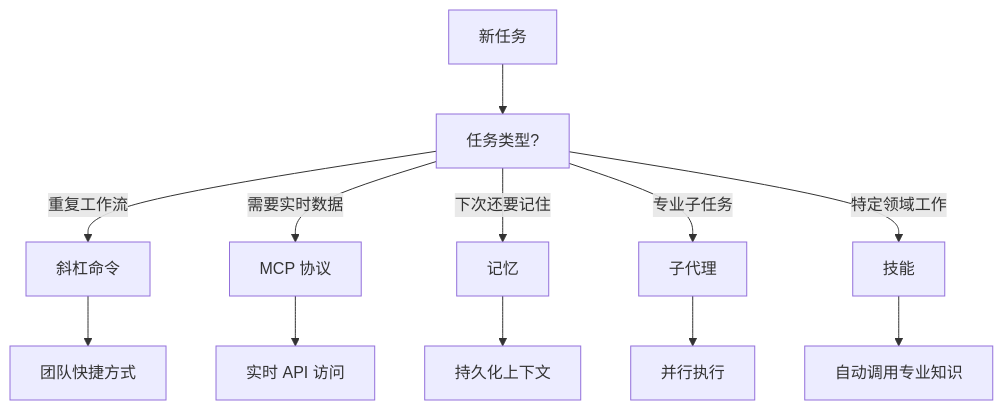
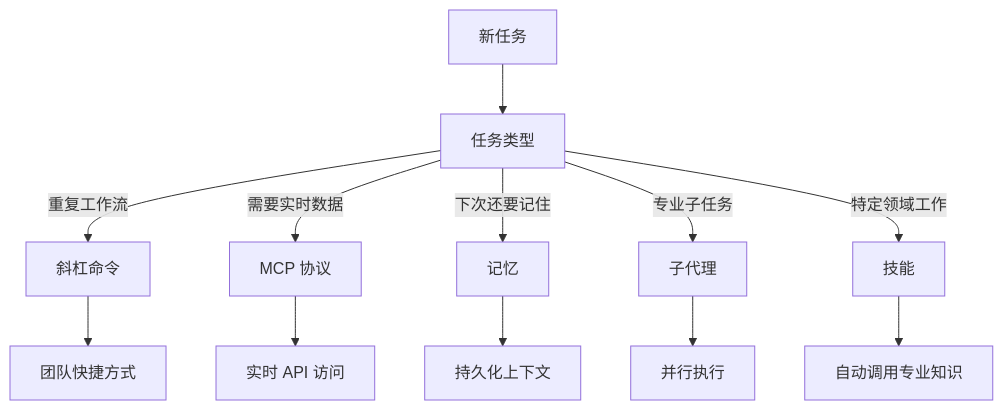
One commit to Rx782-Fss/claude-howto-zh changed diagram 30 of 31 in claude-howto-zh/claude_concepts_guide.md. Above: the diagram before and after it, drawn with Mermaid. The commit also changed other lines of this file and 6 other files, not shown here.

First line of the commit message:
fix: 清除 Mermaid 节点/消息中的问号(?)导致GitHub渲染失败

````diff
--- a/claude-howto-zh/claude_concepts_guide.md
+++ b/claude-howto-zh/claude_concepts_guide.md
@@ -2712,16 +2712,16 @@
 ```mermaid
 graph TD
-    A["新任务"] --> B[任务类型?]
+    A["新任务"] --> B[任务类型]
 
     B -->|重复工作流| C["斜杠命令"]
     B -->|需要实时数据| D["MCP 协议"]
     B -->|下次还要记住| E["记忆"]
     B -->|专业子任务| F["子代理"]
     B -->|特定领域工作| G["技能"]
 
     C --> C1[" 团队快捷方式"]
     D --> D1[" 实时 API 访问"]
     E --> E1[" 持久化上下文"]
     F --> F1[" 并行执行"]
     G --> G1[" 自动调用专业知识"]
 ```
````
